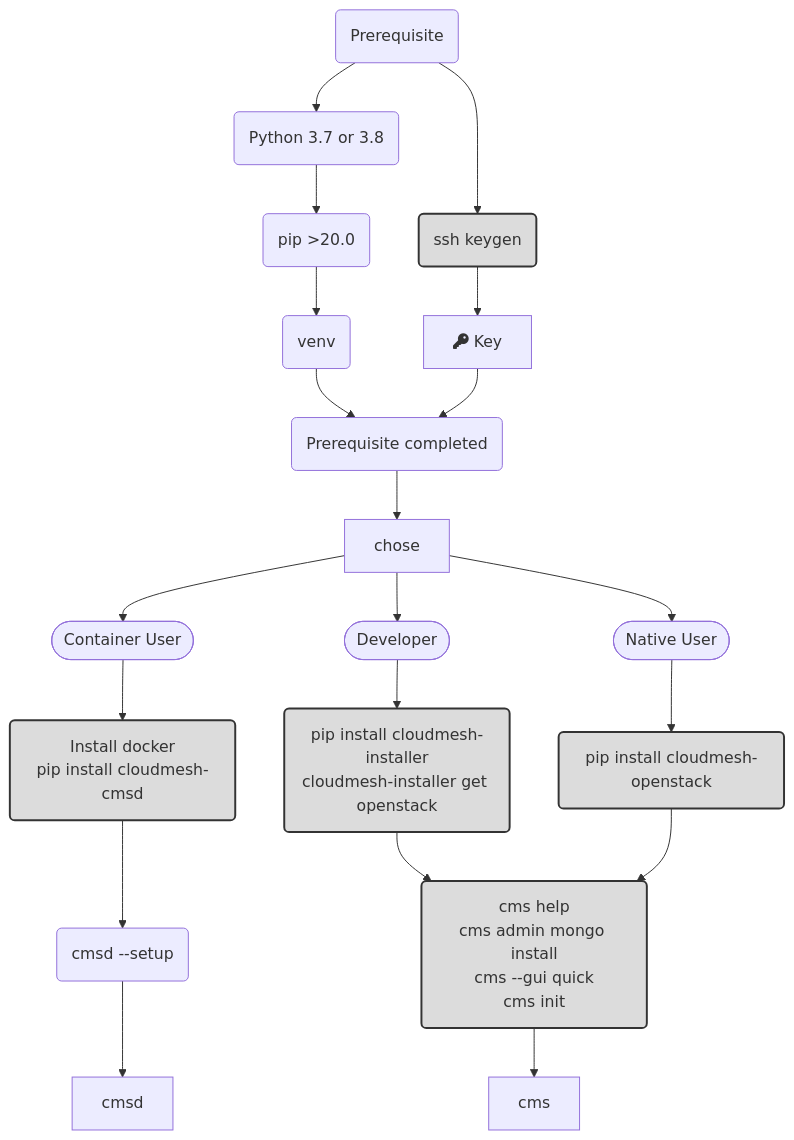
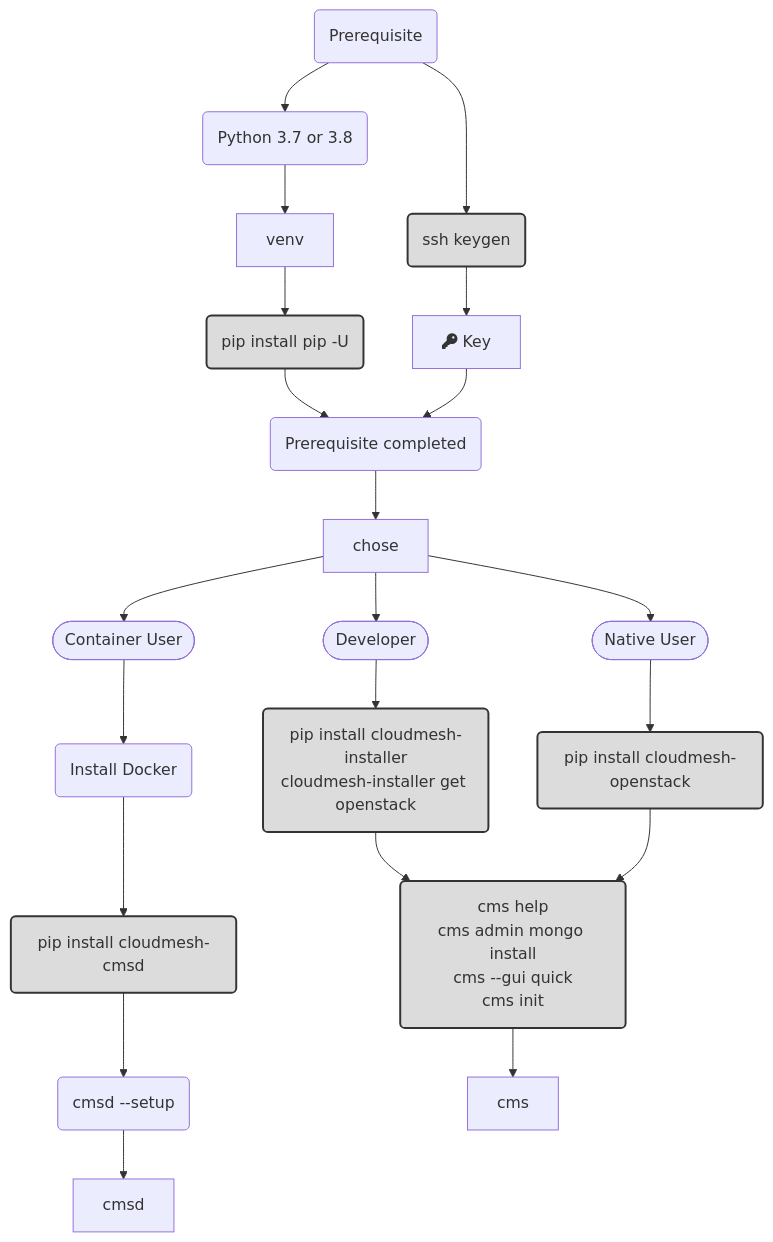
Before and after one commit to cloudmesh/cloudmesh-manual: the diagram in docs-source/source/installation/linux/index.rst, drawn with Mermaid. The commit also changed 10 other files, not shown here.

```diff
--- a/docs-source/source/installation/linux/index.rst
+++ b/docs-source/source/installation/linux/index.rst
@@ -117,33 +117,37 @@
 .. mermaid::
 
    graph TD
+
+
       A(Prerequisite) --> python(Python 3.7 or 3.8)
-      python --> pip(pip >20.0)
-      pip --> venv(venv)
-      venv --> install(Prerequisite completed)
+      python --> venv
+      venv --> pip(pip install pip -U)
+      pip --> install(Prerequisite completed)
       key --> install
       A --> keygen(ssh keygen)
       keygen -->key[fa:fa-key Key]
       install --> chose
 
       chose-->cuser([Container User])
       chose-->nuser([Native User])
       chose-->duser([Developer])
 
       duser-->dev(pip install cloudmesh-installer<br/>cloudmesh-installer get openstack)
       nuser-->user(pip install cloudmesh-openstack)
-      cuser-->container(Install docker<br/>pip install cloudmesh-cmsd)
+      cuser--> idocker(Install Docker)
+      idocker--> container(pip install cloudmesh-cmsd)
 
       setup(cms help<br/>cms admin mongo install<br/>cms --gui quick<br/>cms init)
       dev-->setup
       user-->setup
       container-->setupd(cmsd --setup)
 
       setup-->cms
       setupd-->cmsd
 
       style keygen fill:gainsboro,stroke:#333,stroke-width:2px
       style dev fill:gainsboro,stroke:#333,stroke-width:2px
       style user fill:gainsboro,stroke:#333,stroke-width:2px
       style container fill:gainsboro,stroke:#333,stroke-width:2px
       style setup fill:gainsboro,stroke:#333,stroke-width:2px
+      style pip fill:gainsboro,stroke:#333,stroke-width:2px
```
